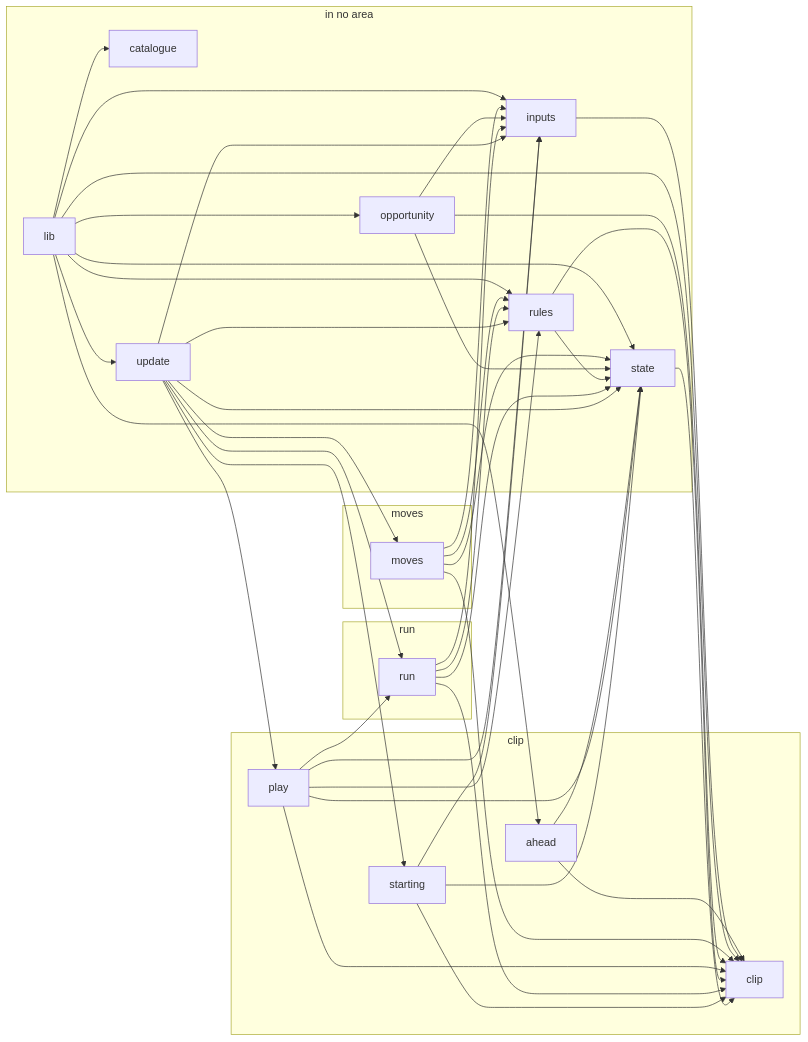
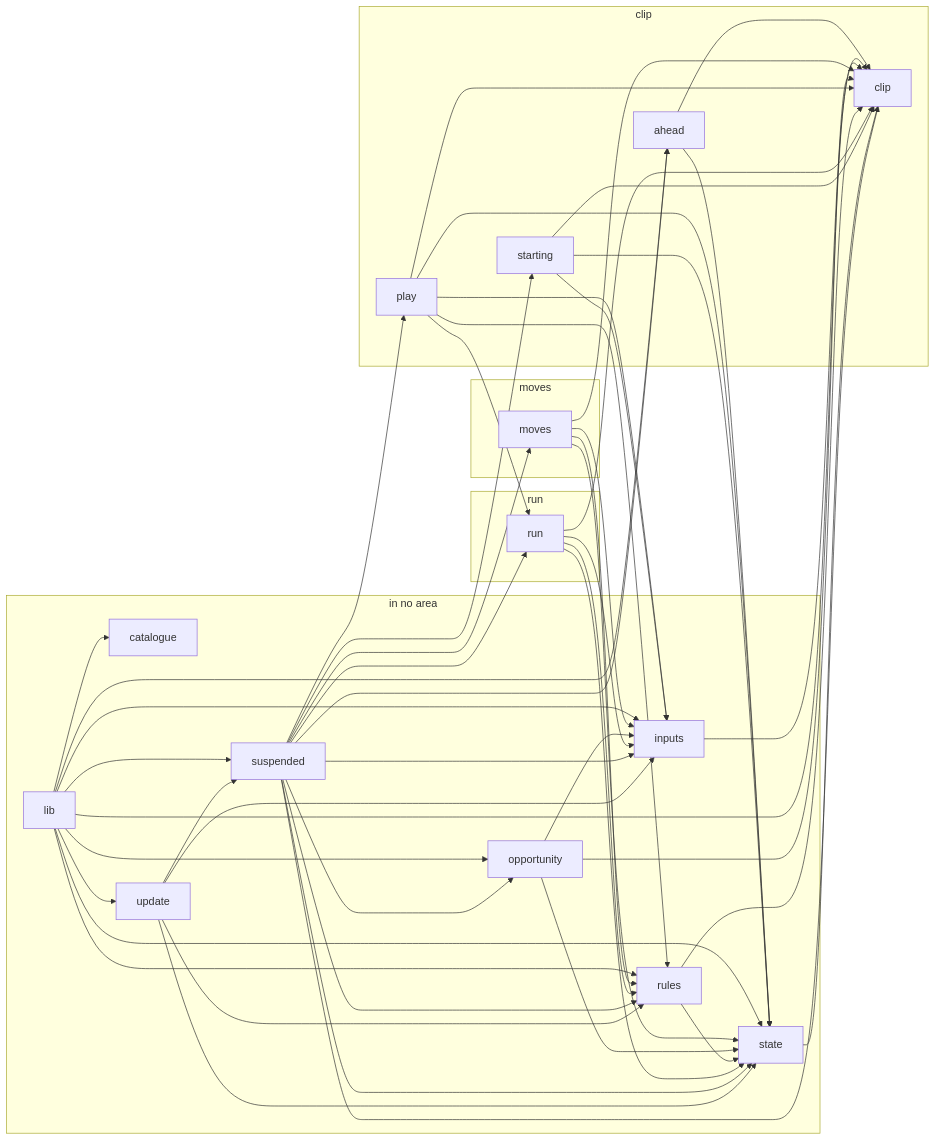
Before and after one commit to JimLundin/sm-decomp: diagram 11 of 13 in docs/REPORT.md, drawn with Mermaid. The commit also changed other lines of this file and 77 other files, not shown here.

````diff
--- a/docs/REPORT.md
+++ b/docs/REPORT.md
@@ -1618,64 +1621,73 @@
 ```mermaid
 graph LR
   subgraph a_in_no_area["in no area"]
     m_catalogue["catalogue"]
     m_inputs["inputs"]
     m_lib["lib"]
     m_opportunity["opportunity"]
     m_rules["rules"]
     m_state["state"]
+    m_suspended["suspended"]
     m_update["update"]
   end
   subgraph a_clip["clip"]
     m_ahead["ahead"]
     m_clip["clip"]
     m_play["play"]
     m_starting["starting"]
   end
   subgraph a_moves["moves"]
     m_moves["moves"]
   end
   subgraph a_run["run"]
     m_run["run"]
   end
   m_ahead --> m_clip
   m_ahead --> m_state
   m_inputs --> m_clip
   m_lib --> m_ahead
   m_lib --> m_catalogue
   m_lib --> m_clip
   m_lib --> m_inputs
   m_lib --> m_opportunity
   m_lib --> m_rules
   m_lib --> m_state
+  m_lib --> m_suspended
   m_lib --> m_update
   m_moves --> m_clip
   m_moves --> m_inputs
   m_moves --> m_rules
   m_moves --> m_state
   m_opportunity --> m_clip
   m_opportunity --> m_inputs
   m_opportunity --> m_state
   m_play --> m_clip
   m_play --> m_inputs
   m_play --> m_rules
   m_play --> m_run
   m_play --> m_state
   m_rules --> m_clip
   m_rules --> m_state
   m_run --> m_clip
   m_run --> m_inputs
   m_run --> m_rules
   m_run --> m_state
   m_starting --> m_clip
   m_starting --> m_inputs
   m_starting --> m_state
   m_state --> m_clip
+  m_suspended --> m_ahead
+  m_suspended --> m_clip
+  m_suspended --> m_inputs
+  m_suspended --> m_moves
+  m_suspended --> m_opportunity
+  m_suspended --> m_play
+  m_suspended --> m_rules
+  m_suspended --> m_run
+  m_suspended --> m_starting
+  m_suspended --> m_state
   m_update --> m_inputs
-  m_update --> m_moves
-  m_update --> m_play
   m_update --> m_rules
-  m_update --> m_run
-  m_update --> m_starting
   m_update --> m_state
+  m_update --> m_suspended
 ```
````
